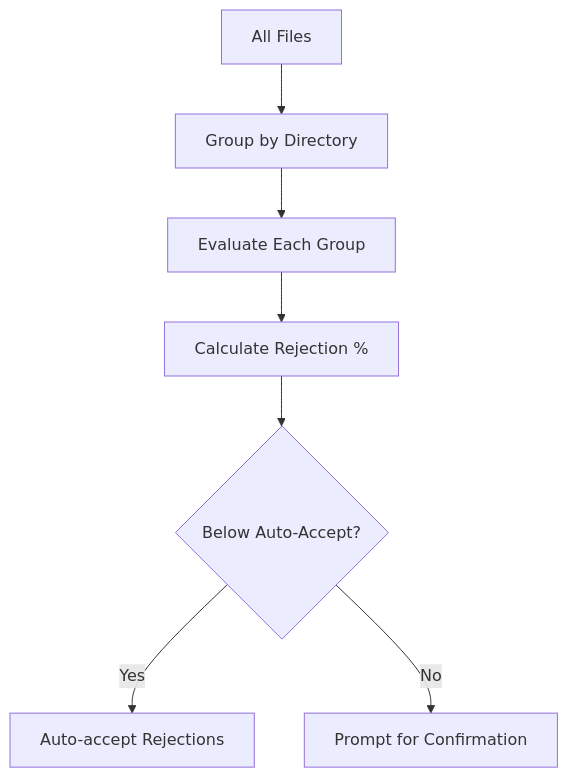
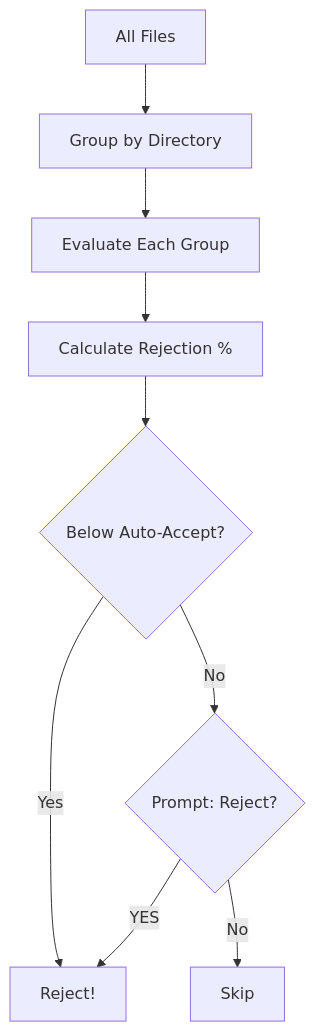
One commit to jewzaam/ap-base changed the diagram in docs/tools/ap-cull-lights.md. Above: the diagram before and after it, drawn with Mermaid. The commit also changed other lines of this file and 6 other files, not shown here.

````diff
--- a/docs/tools/ap-cull-lights.md
+++ b/docs/tools/ap-cull-lights.md
@@ -56,9 +48,11 @@
 ```mermaid
 flowchart TB
     FILES[All Files] --> GROUP[Group by Directory]
     GROUP --> EVAL[Evaluate Each Group]
     EVAL --> STATS[Calculate Rejection %]
     STATS --> AUTO{Below Auto-Accept?}
-    AUTO -->|Yes| ACCEPT[Auto-accept Rejections]
-    AUTO -->|No| PROMPT[Prompt for Confirmation]
+    AUTO -->|Yes| REJECT[Reject!]
+    AUTO -->|No| PROMPT{Prompt: Reject?}
+    PROMPT -->|YES| REJECT
+    PROMPT -->|No| SKIP[Skip]
 ```
````
